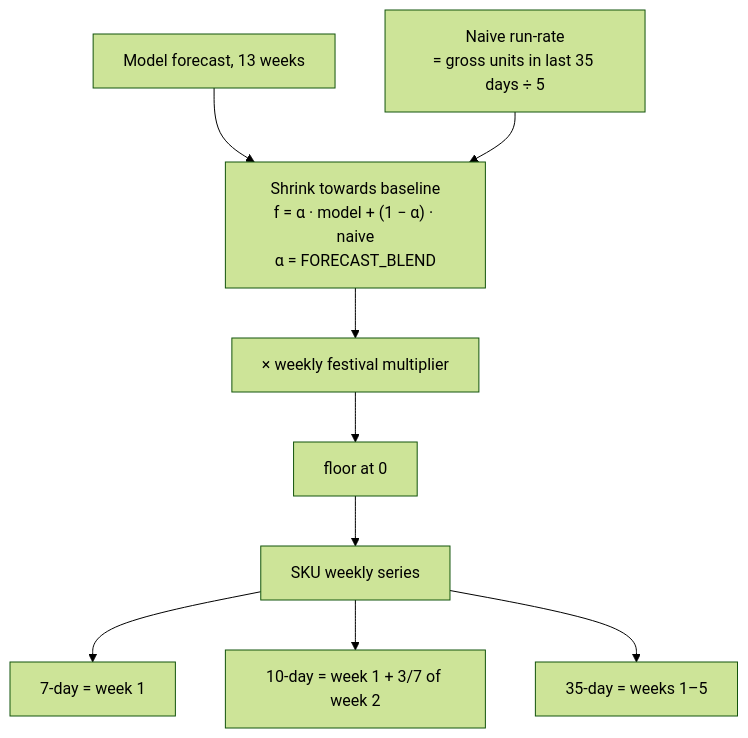
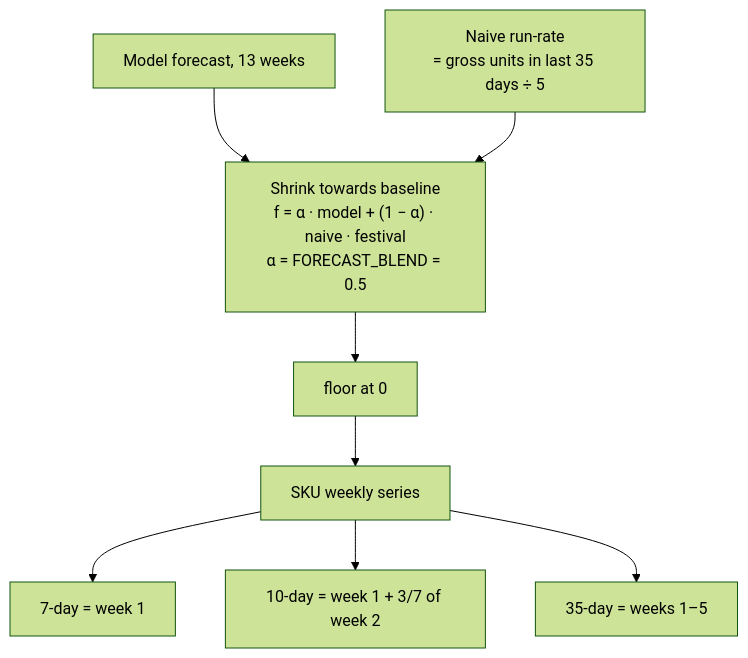
Diagram 16 of 30 in README.md (orlindatabase-lang/Demand-Forecasting), drawn with Mermaid (forest theme) before and after one commit. The commit also changed other lines of this file and 39 other files, not shown here.

````diff
--- a/README.md
+++ b/README.md
@@ -685,11 +731,10 @@
 ```mermaid
 flowchart TD
-    MO["Model forecast, 13 weeks"] --> BL["Shrink towards baseline<br/>f = α · model + (1 − α) · naive<br/>α = FORECAST_BLEND"]
+    MO["Model forecast, 13 weeks"] --> BL["Shrink towards baseline<br/>f = α · model + (1 − α) · naive · festival<br/>α = FORECAST_BLEND = 0.5"]
     NV["Naive run-rate<br/>= gross units in last 35 days ÷ 5"] --> BL
-    BL --> FM["× weekly festival multiplier"]
-    FM --> FL["floor at 0"]
+    BL --> FL["floor at 0"]
     FL --> SKU["SKU weekly series"]
     SKU --> H7["7-day = week 1"]
     SKU --> H10["10-day = week 1 + 3/7 of week 2"]
     SKU --> H35["35-day = weeks 1–5"]
 ```
````
